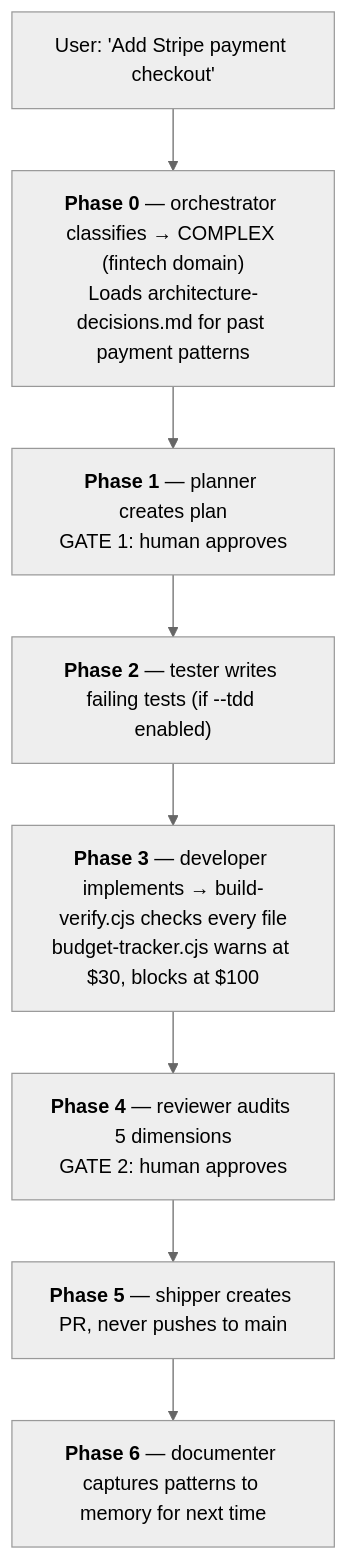
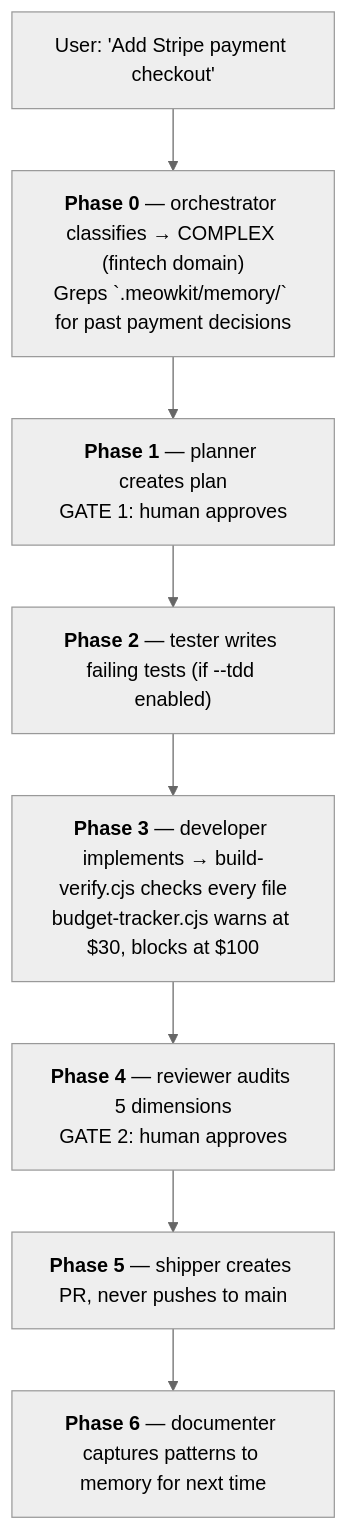
Before and after one commit to ngocsangyem/MeowKit: the diagram in packages/docs/content/docs/core-concepts/how-it-works.mdx, drawn with Mermaid (neutral theme). The commit also changed other lines of this file and 635 other files, not shown here.

````diff
--- a/packages/docs/content/docs/core-concepts/how-it-works.mdx
+++ b/packages/docs/content/docs/core-concepts/how-it-works.mdx
@@ -125,13 +128,13 @@
 ```mermaid
 flowchart TD
     U["User: 'Add Stripe payment checkout'"]
-    P0["<b>Phase 0</b> — orchestrator classifies → COMPLEX (fintech domain)<br/>Loads architecture-decisions.md for past payment patterns"]
+    P0["<b>Phase 0</b> — orchestrator classifies → COMPLEX (fintech domain)<br/>Greps `.meowkit/memory/` for past payment decisions"]
     P1["<b>Phase 1</b> — planner creates plan<br/>GATE 1: human approves"]
     P2["<b>Phase 2</b> — tester writes failing tests (if --tdd enabled)"]
     P3["<b>Phase 3</b> — developer implements → build-verify.cjs checks every file<br/>budget-tracker.cjs warns at $30, blocks at $100"]
     P4["<b>Phase 4</b> — reviewer audits 5 dimensions<br/>GATE 2: human approves"]
     P5["<b>Phase 5</b> — shipper creates PR, never pushes to main"]
     P6["<b>Phase 6</b> — documenter captures patterns to memory for next time"]
 
     U --> P0 --> P1 --> P2 --> P3 --> P4 --> P5 --> P6
 ```
````
